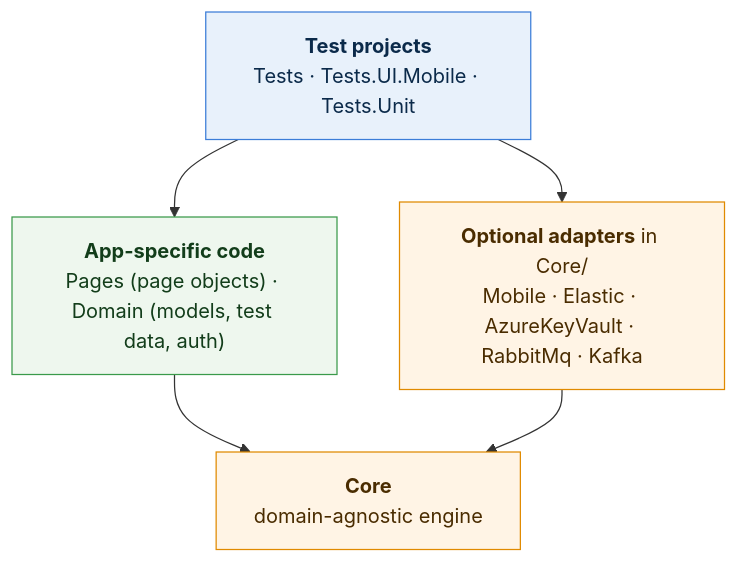
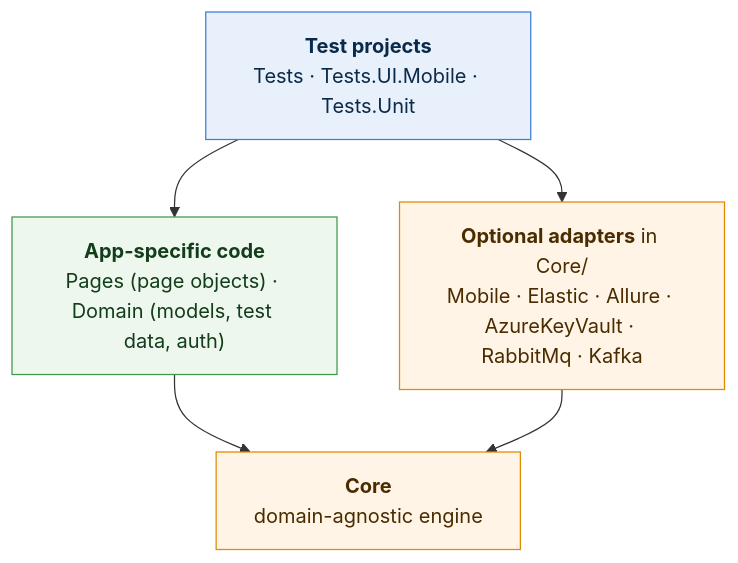
One commit to ravs788/complete-test-automation-fmw changed the first of 6 diagrams in docs/DIAGRAMS.md. Above: the diagram before and after it, drawn with Mermaid. The commit also changed other lines of this file and 44 other files, not shown here.

````diff
--- a/docs/DIAGRAMS.md
+++ b/docs/DIAGRAMS.md
@@ -20,19 +20,19 @@
 ```mermaid
 flowchart TB
     TESTS["<b>Test projects</b><br/>Tests · Tests.UI.Mobile · Tests.Unit"]
     APP["<b>App-specific code</b><br/>Pages (page objects) · Domain (models, test data, auth)"]
-    ADDONS["<b>Optional adapters</b> in Core/<br/>Mobile · Elastic · AzureKeyVault · RabbitMq · Kafka"]
+    ADDONS["<b>Optional adapters</b> in Core/<br/>Mobile · Elastic · Allure · AzureKeyVault · RabbitMq · Kafka"]
     CORE["<b>Core</b><br/>domain-agnostic engine"]
 
     TESTS --> APP
     TESTS --> ADDONS
     APP --> CORE
     ADDONS --> CORE
 
     classDef test fill:#e8f1fb,stroke:#3b7dd8,color:#0b2a4a
     classDef app fill:#eef7ee,stroke:#3a9a4a,color:#123d1a
     classDef core fill:#fff4e5,stroke:#e08a00,color:#4a2c00
     class TESTS test
     class APP app
     class ADDONS,CORE core
 ```
````
